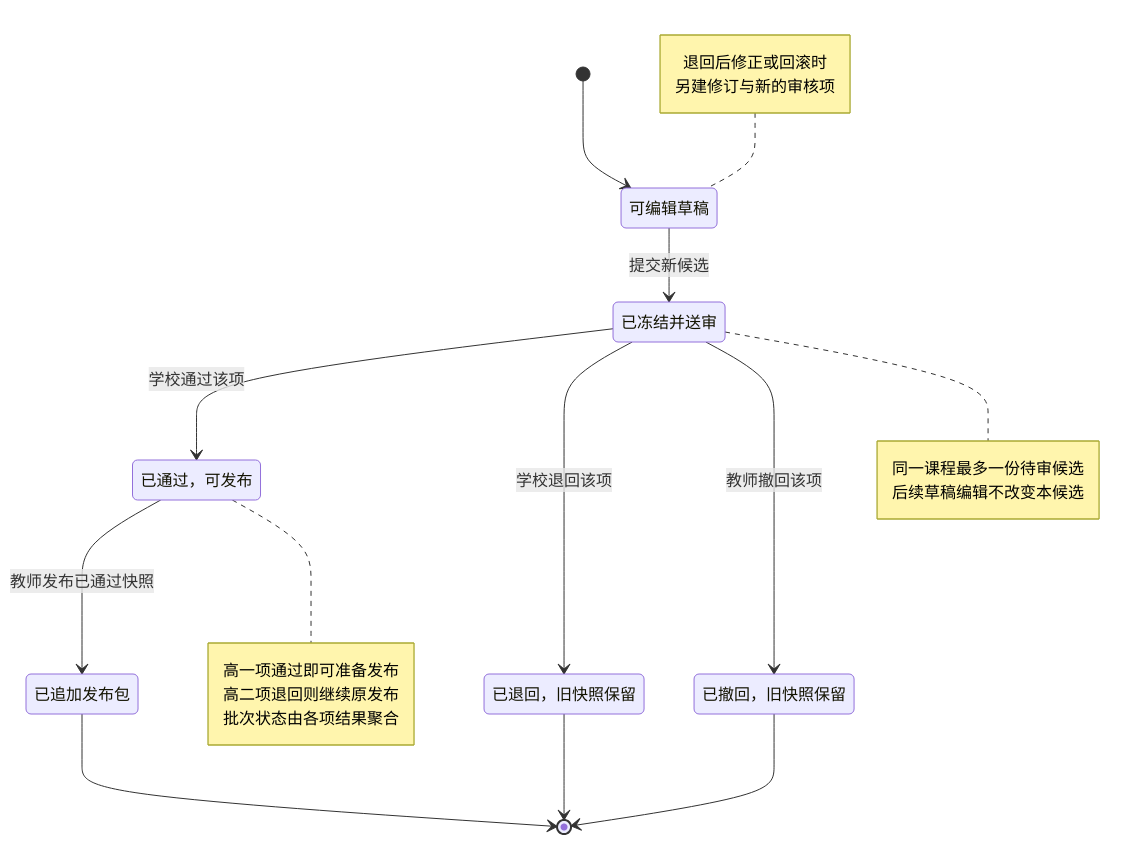
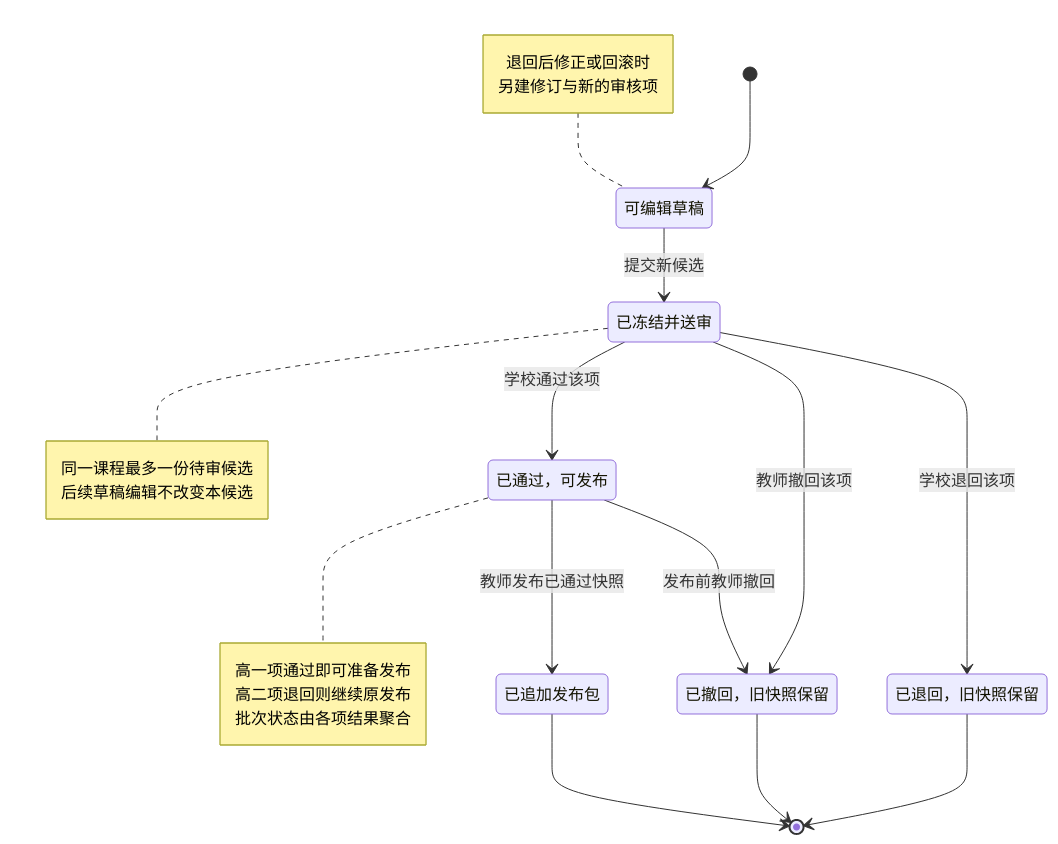
One commit to falling-feather/Astra changed the seventh of 10 diagrams in doc/01-开发者手册.md. Above: the diagram before and after it, drawn with Mermaid. The commit also changed other lines of this file and 8 other files, not shown here.

````diff
--- a/doc/01-开发者手册.md
+++ b/doc/01-开发者手册.md
@@ -575,31 +617,32 @@
 ```mermaid
 stateDiagram-v2
     state "可编辑草稿" as Draft
     state "已冻结并送审" as Submitted
     state "已通过，可发布" as Approved
     state "已退回，旧快照保留" as Rejected
     state "已撤回，旧快照保留" as Withdrawn
     state "已追加发布包" as Published
     [*] --> Draft
     Draft --> Submitted: 提交新候选
     Submitted --> Approved: 学校通过该项
     Submitted --> Rejected: 学校退回该项
     Submitted --> Withdrawn: 教师撤回该项
+    Approved --> Withdrawn: 发布前教师撤回
     Approved --> Published: 教师发布已通过快照
     Rejected --> [*]
     Withdrawn --> [*]
     Published --> [*]
     note right of Submitted
         同一课程最多一份待审候选
         后续草稿编辑不改变本候选
     end note
     note right of Approved
         高一项通过即可准备发布
         高二项退回则继续原发布
         批次状态由各项结果聚合
     end note
     note left of Draft
         退回后修正或回滚时
         另建修订与新的审核项
     end note
 ```
````
